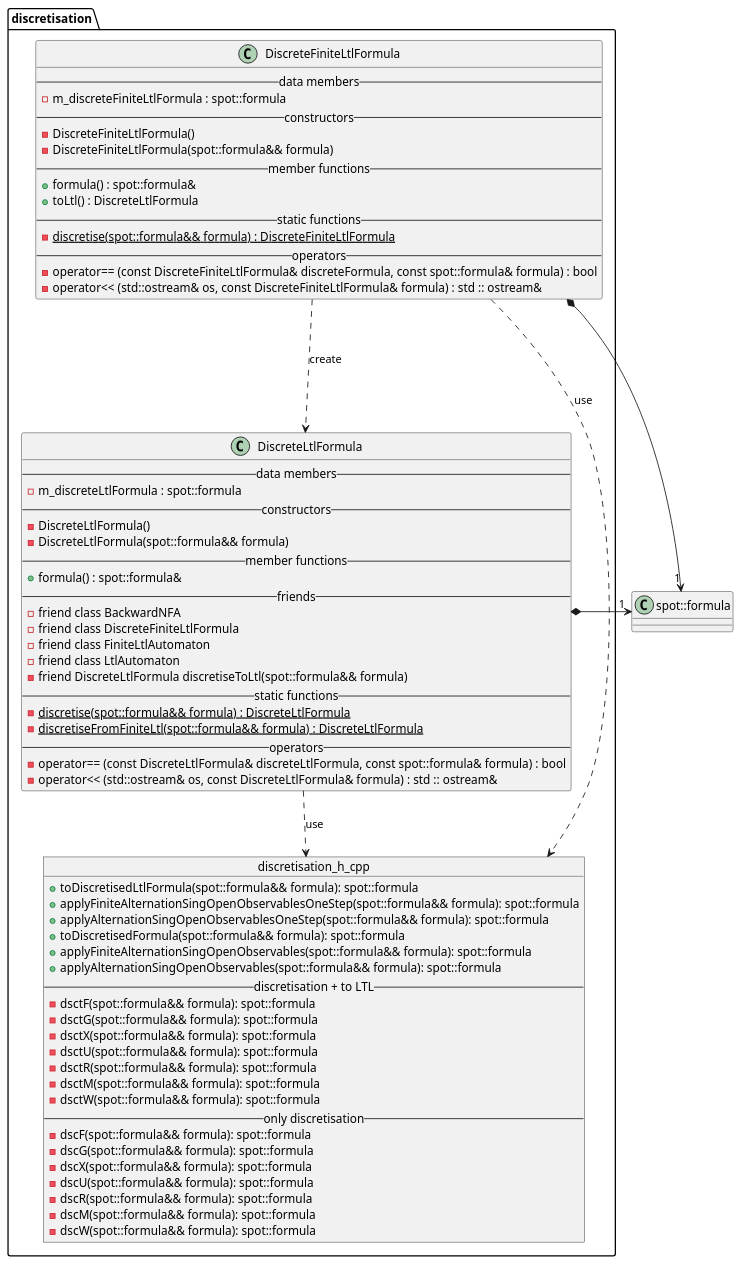
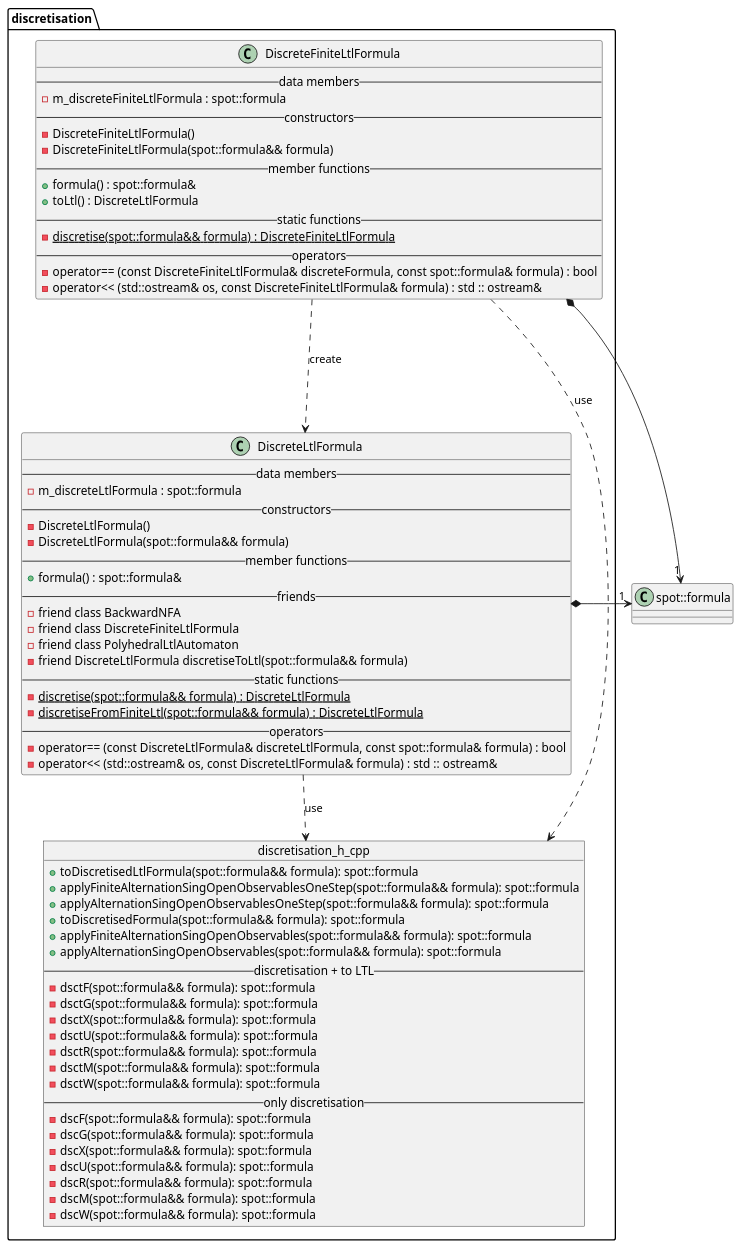
The diagram in docs/plantuml/discretisation.puml (vtramo/rtl-mc), drawn with PlantUML before and after one commit. The commit also changed 28 other files, not shown here.

Commit message:
feat(automata): add Büchi LTL Automaton

```diff
--- a/docs/plantuml/discretisation.puml
+++ b/docs/plantuml/discretisation.puml
@@ -1,75 +1,74 @@
 @startuml
 package discretisation {
     class DiscreteFiniteLtlFormula {
         --data members--
         -m_discreteFiniteLtlFormula : spot::formula
         --constructors--
         -DiscreteFiniteLtlFormula()
         -DiscreteFiniteLtlFormula(spot::formula&& formula)
         --member functions--
         +formula() : spot::formula&
         +toLtl() : DiscreteLtlFormula
         --static functions--
         -{static} discretise(spot::formula&& formula) : DiscreteFiniteLtlFormula
         --operators--
         -operator== (const DiscreteFiniteLtlFormula& discreteFormula, const spot::formula& formula) : bool
         -operator<< (std::ostream& os, const DiscreteFiniteLtlFormula& formula) : std :: ostream&
     }
 
     class DiscreteLtlFormula {
         --data members--
         -m_discreteLtlFormula : spot::formula
         --constructors--
         -DiscreteLtlFormula()
         -DiscreteLtlFormula(spot::formula&& formula)
         --member functions--
         +formula() : spot::formula&
         --friends--
         -friend class BackwardNFA
         -friend class DiscreteFiniteLtlFormula
-        -friend class FiniteLtlAutomaton
-        -friend class LtlAutomaton
+        -friend class PolyhedralLtlAutomaton
         -friend DiscreteLtlFormula discretiseToLtl(spot::formula&& formula)
         --static functions--
         -{static} discretise(spot::formula&& formula) : DiscreteLtlFormula
         -{static} discretiseFromFiniteLtl(spot::formula&& formula) : DiscreteLtlFormula
         --operators--
         -operator== (const DiscreteLtlFormula& discreteLtlFormula, const spot::formula& formula) : bool
         -operator<< (std::ostream& os, const DiscreteLtlFormula& formula) : std :: ostream&
     }
 
     object discretisation_h_cpp {
         +toDiscretisedLtlFormula(spot::formula&& formula): spot::formula
         +applyFiniteAlternationSingOpenObservablesOneStep(spot::formula&& formula): spot::formula
         +applyAlternationSingOpenObservablesOneStep(spot::formula&& formula): spot::formula
         +toDiscretisedFormula(spot::formula&& formula): spot::formula
         +applyFiniteAlternationSingOpenObservables(spot::formula&& formula): spot::formula
         +applyAlternationSingOpenObservables(spot::formula&& formula): spot::formula
         --discretisation + to LTL--
         -dsctF(spot::formula&& formula): spot::formula
         -dsctG(spot::formula&& formula): spot::formula
         -dsctX(spot::formula&& formula): spot::formula
         -dsctU(spot::formula&& formula): spot::formula
         -dsctR(spot::formula&& formula): spot::formula
         -dsctM(spot::formula&& formula): spot::formula
         -dsctW(spot::formula&& formula): spot::formula
         --only discretisation--
         -dscF(spot::formula&& formula): spot::formula
         -dscG(spot::formula&& formula): spot::formula
         -dscX(spot::formula&& formula): spot::formula
         -dscU(spot::formula&& formula): spot::formula
         -dscR(spot::formula&& formula): spot::formula
         -dscM(spot::formula&& formula): spot::formula
         -dscW(spot::formula&& formula): spot::formula
     }
 }
 
 class spot::formula {}
 
 DiscreteFiniteLtlFormula ...> DiscreteLtlFormula : create
 DiscreteFiniteLtlFormula*-> "1" spot::formula
 DiscreteLtlFormula*-> "1" spot::formula
 DiscreteLtlFormula ..> discretisation_h_cpp : use
 DiscreteFiniteLtlFormula ..> discretisation_h_cpp : use
 
 @enduml
```
